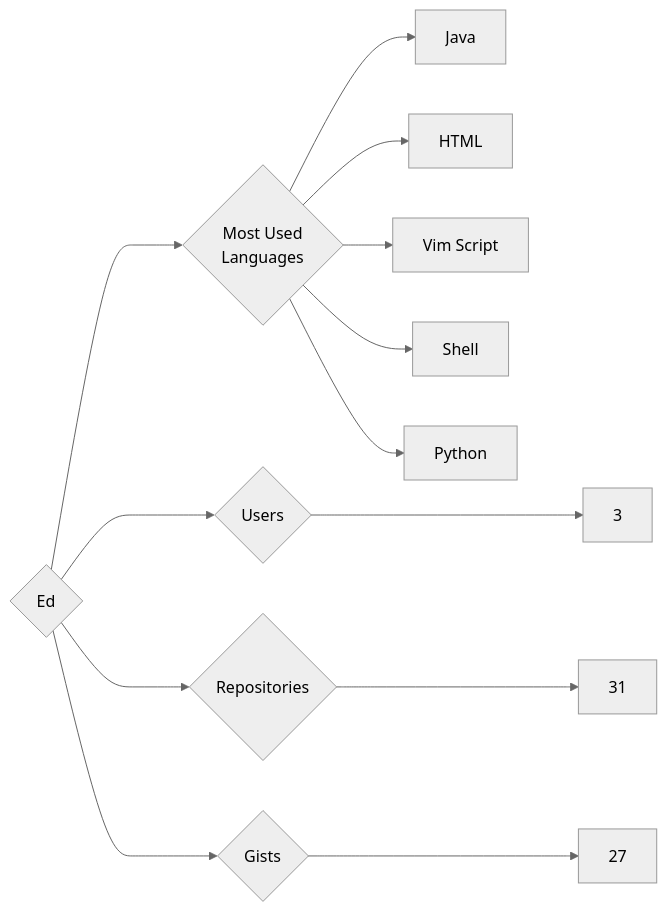
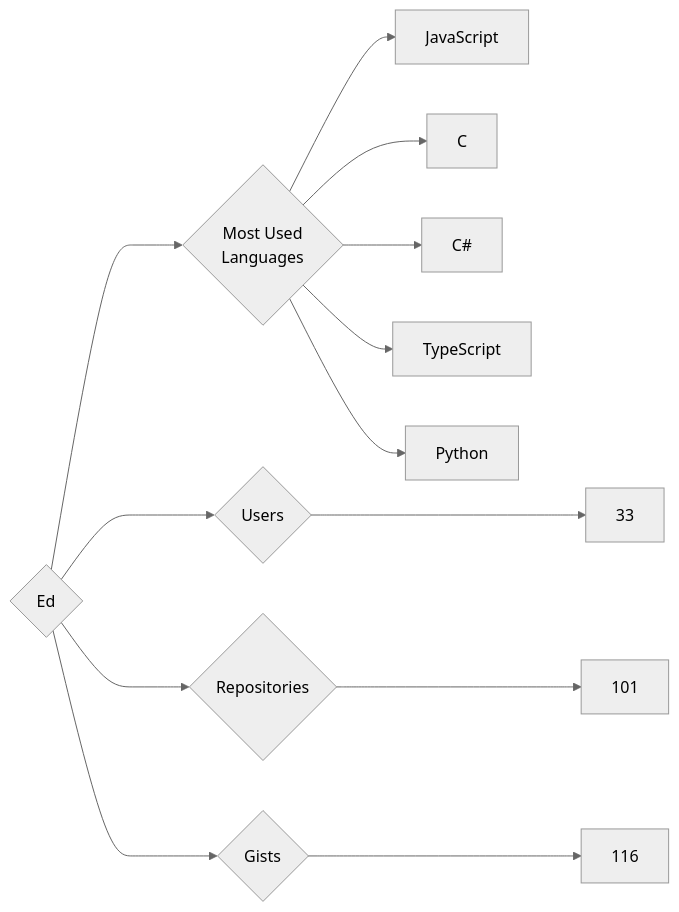
One commit to trickest/insiders changed the diagram in targets/Ed/README.md. Above: the diagram before and after it, drawn with Mermaid (neutral theme). The commit also changed 633 other files, not shown here.

````diff
--- a/targets/Ed/README.md
+++ b/targets/Ed/README.md
@@ -3,13 +3,13 @@
 ```mermaid
 graph LR
 COMPANY_NAME{Ed}
-COMPANY_NAME ---> U{Users} ---> UN[3]
-COMPANY_NAME ---> R{Repositories} ---> RN[31]
-COMPANY_NAME ---> G{Gists} ---> GN[27]
+COMPANY_NAME ---> U{Users} ---> UN[33]
+COMPANY_NAME ---> R{Repositories} ---> RN[101]
+COMPANY_NAME ---> G{Gists} ---> GN[116]
 COMPANY_NAME ---> ML{Most Used<br>Languages}
-ML --> Java[Java]
-ML --> HTML[HTML]
-ML --> Vim_Script[Vim Script]
-ML --> Shell[Shell]
+ML --> JavaScript[JavaScript]
+ML --> C[C]
+ML --> C#[C#]
+ML --> TypeScript[TypeScript]
 ML --> Python[Python]
 ```
````
